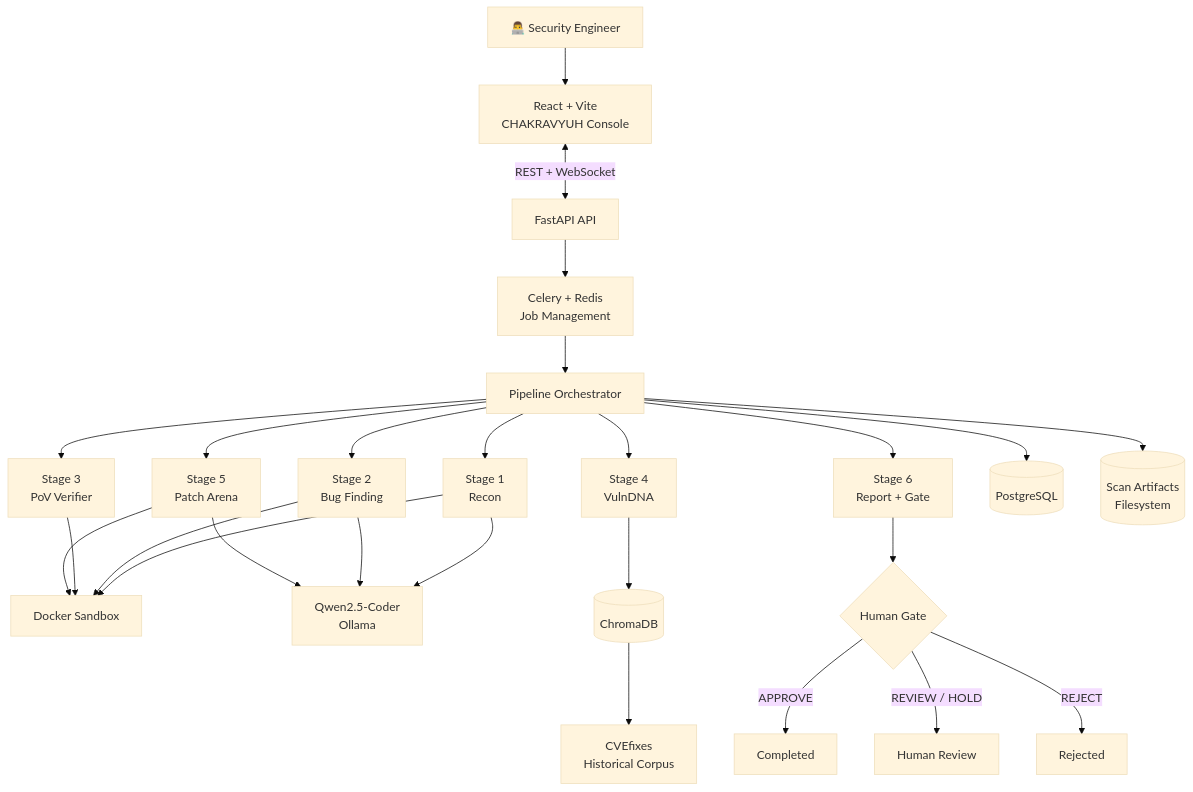
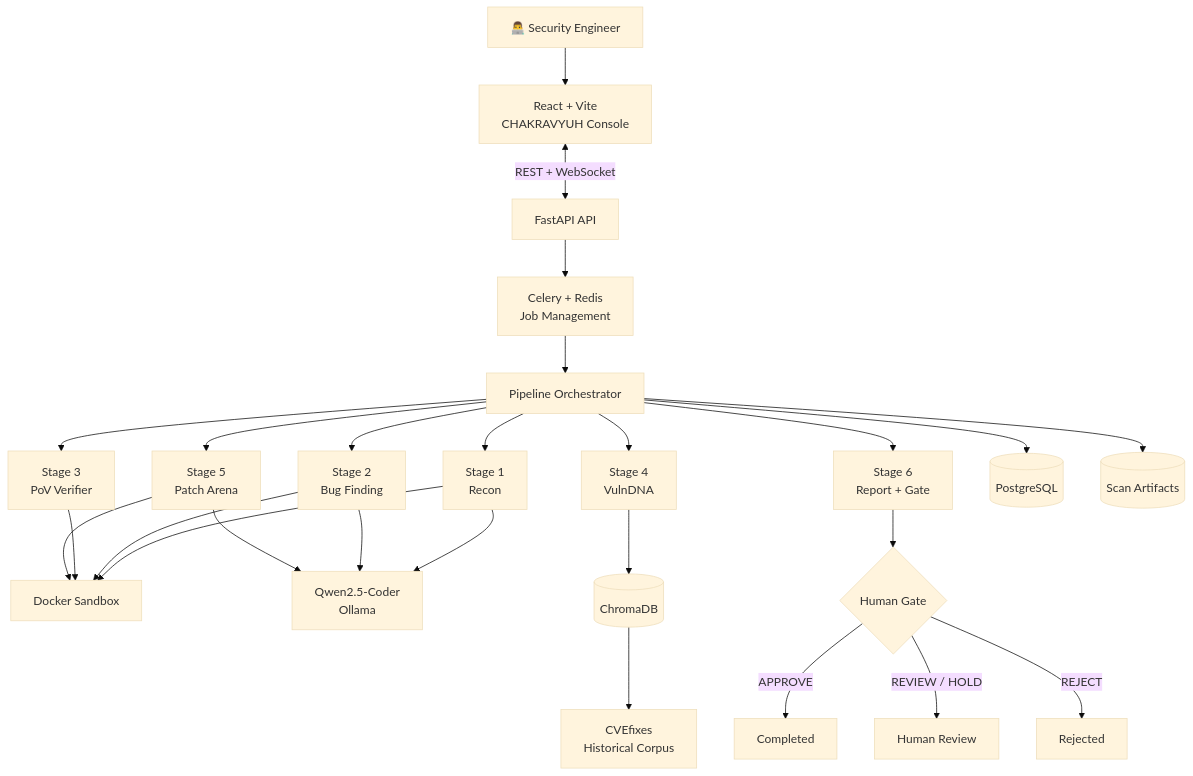
Before and after one commit to Aditya0825-crypto/Chakravyuh-: the diagram in README.md, drawn with Mermaid (base theme). The commit also changed other lines of this file, not shown here.

````diff
--- a/README.md
+++ b/README.md
@@ -172,36 +113,36 @@
-``` mermaid
+```mermaid
 flowchart TB
     U[👨‍💻 Security Engineer] --> UI[React + Vite<br/>CHAKRAVYUH Console]
 
     UI <-->|REST + WebSocket| API[FastAPI API]
 
     API --> Q[Celery + Redis<br/>Job Management]
     Q --> O[Pipeline Orchestrator]
 
     O --> R[Stage 1<br/>Recon]
     O --> B[Stage 2<br/>Bug Finding]
     O --> P[Stage 3<br/>PoV Verifier]
     O --> V[Stage 4<br/>VulnDNA]
     O --> A[Stage 5<br/>Patch Arena]
     O --> S[Stage 6<br/>Report + Gate]
 
     R --> SAN[Docker Sandbox]
     B --> SAN
     P --> SAN
     A --> SAN
 
     R --> LLM[Qwen2.5-Coder<br/>Ollama]
     B --> LLM
     A --> LLM
 
     V --> CDB[(ChromaDB)]
     CDB --> CVE[CVEfixes<br/>Historical Corpus]
 
     O --> DB[(PostgreSQL)]
-    O --> FS[(Scan Artifacts<br/>Filesystem)]
+    O --> FS[(Scan Artifacts)]
 
     S --> G{Human Gate}
     G -->|APPROVE| DONE[Completed]
     G -->|REVIEW / HOLD| REVIEW[Human Review]
     G -->|REJECT| REJECTED[Rejected]
 ```
````
